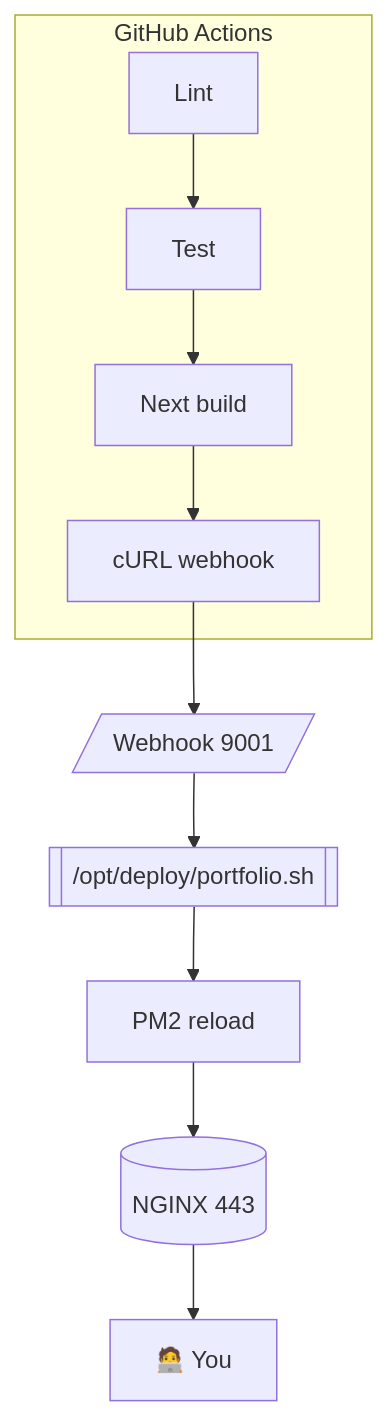
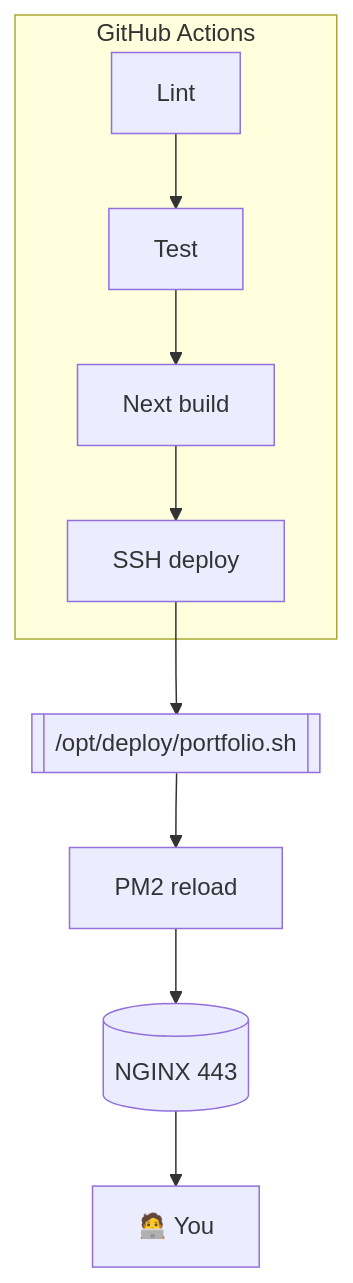
Before and after one commit to jake0lawrence/portfolio: the second of 2 diagrams in src/app/blog/posts/welcome-to-the-portfolio.mdx, drawn with Mermaid. The commit also changed other lines of this file and 4 other files, not shown here.

Commit message:
chore(deploy): build and reload via ssh

````diff
--- a/src/app/blog/posts/welcome-to-the-portfolio.mdx
+++ b/src/app/blog/posts/welcome-to-the-portfolio.mdx
@@ -60,13 +60,12 @@
 ```mermaid
 flowchart TD
     subgraph GitHub Actions
         LINT[Lint] --> TEST[Test] --> BUILD[Next build]
-        BUILD --> DEPLOY[cURL webhook]
+        BUILD --> DEPLOY[SSH deploy]
     end
 
-    DEPLOY --> Webhook[/Webhook 9001/]
-    Webhook --> Script[[/opt/deploy/portfolio.sh]]
+    DEPLOY --> Script[[/opt/deploy/portfolio.sh]]
     Script --> PM2[PM2 reload]
     PM2 --> NGINX[(NGINX 443)]
     NGINX --> Browser[🧑‍💻 You]
 ```
````
